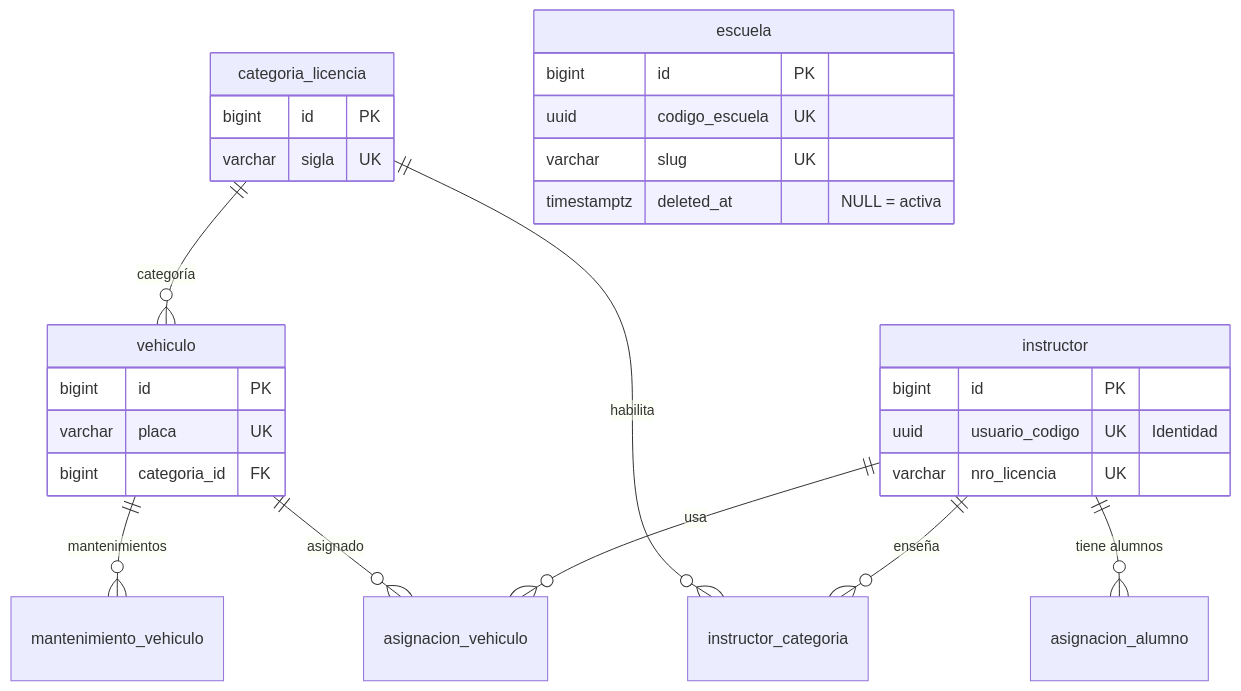
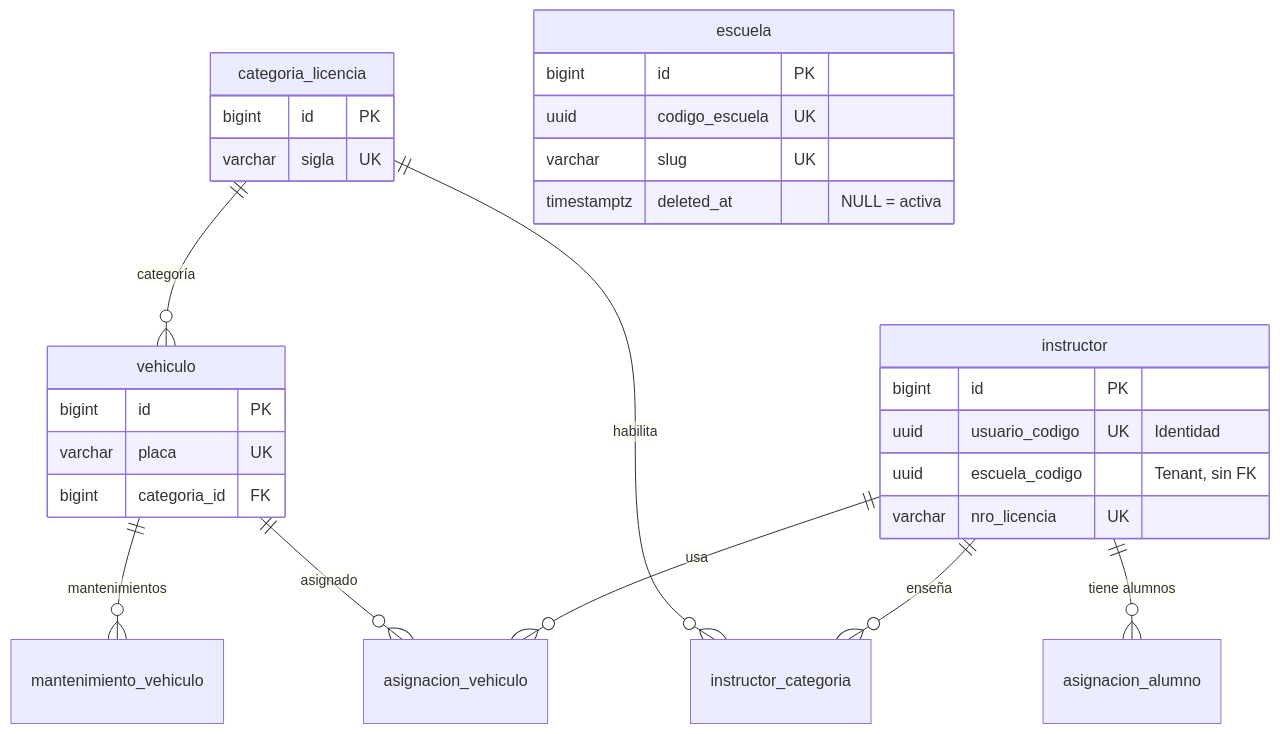
One commit to Mau8877/DriveHub changed the third of 5 diagrams in docs/DriveHub/DISENO_BASE_DE_DATOS.md. Above: the diagram before and after it, drawn with Mermaid. The commit also changed other lines of this file and 7 other files, not shown here.

````diff
--- a/docs/DriveHub/DISENO_BASE_DE_DATOS.md
+++ b/docs/DriveHub/DISENO_BASE_DE_DATOS.md
@@ -251,31 +251,32 @@
 ```mermaid
 erDiagram
     categoria_licencia ||--o{ vehiculo : "categoría"
     categoria_licencia ||--o{ instructor_categoria : "habilita"
     instructor ||--o{ instructor_categoria : "enseña"
     vehiculo ||--o{ mantenimiento_vehiculo : "mantenimientos"
     vehiculo ||--o{ asignacion_vehiculo : "asignado"
     instructor ||--o{ asignacion_vehiculo : "usa"
     instructor ||--o{ asignacion_alumno : "tiene alumnos"
 
     escuela {
         bigint id PK
         uuid codigo_escuela UK
         varchar slug UK
         timestamptz deleted_at "NULL = activa"
     }
     categoria_licencia {
         bigint id PK
         varchar sigla UK
     }
     instructor {
         bigint id PK
         uuid usuario_codigo UK "Identidad"
+        uuid escuela_codigo "Tenant, sin FK"
         varchar nro_licencia UK
     }
     vehiculo {
         bigint id PK
         varchar placa UK
         bigint categoria_id FK
     }
 ```
````
